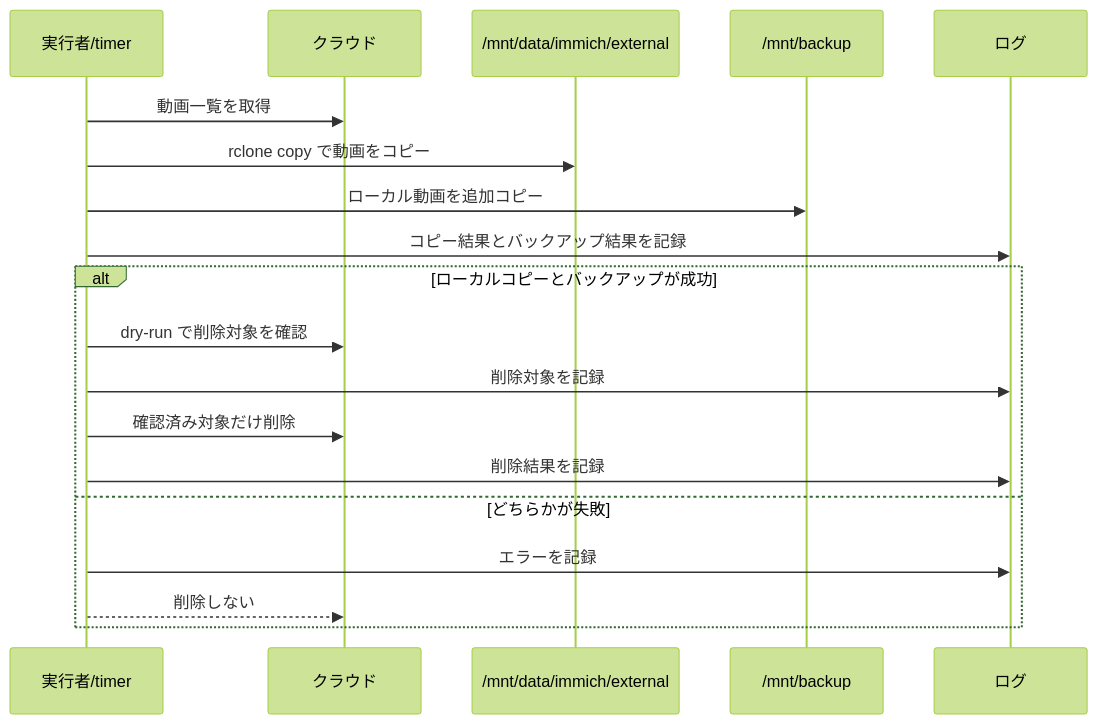
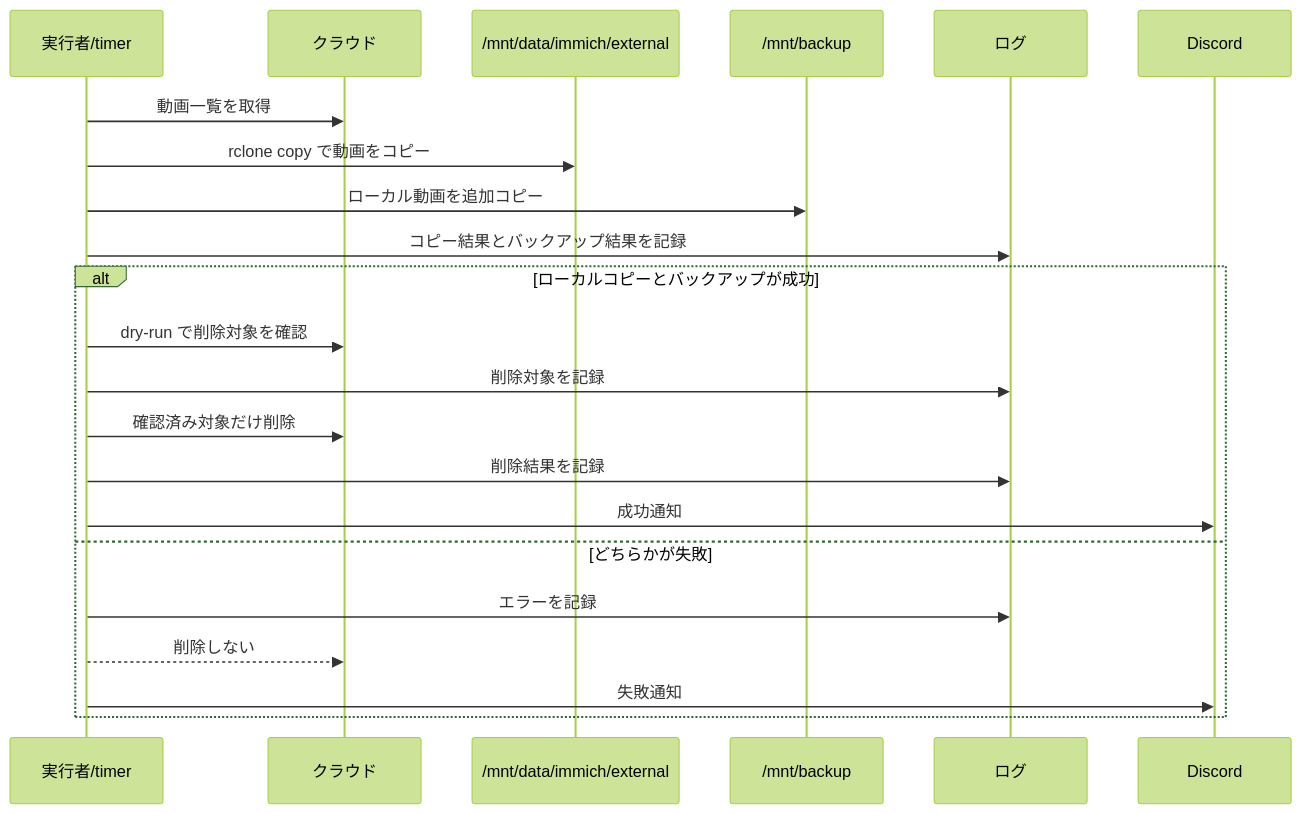
The third of 3 diagrams in docs/同期設計.md (nuitsjp/ManageMediaServer), drawn with Mermaid (forest theme) before and after one commit. The commit also changed other lines of this file, not shown here.

````diff
--- a/docs/同期設計.md
+++ b/docs/同期設計.md
@@ -68,23 +115,26 @@
 ```mermaid
 sequenceDiagram
     participant Operator as 実行者/timer
     participant Cloud as クラウド
     participant Local as /mnt/data/immich/external
     participant Backup as /mnt/backup
     participant Log as ログ
+    participant Discord as Discord
 
     Operator->>Cloud: 動画一覧を取得
     Operator->>Local: rclone copy で動画をコピー
     Operator->>Backup: ローカル動画を追加コピー
     Operator->>Log: コピー結果とバックアップ結果を記録
 
     alt ローカルコピーとバックアップが成功
         Operator->>Cloud: dry-run で削除対象を確認
         Operator->>Log: 削除対象を記録
         Operator->>Cloud: 確認済み対象だけ削除
         Operator->>Log: 削除結果を記録
+        Operator->>Discord: 成功通知
     else どちらかが失敗
         Operator->>Log: エラーを記録
         Operator-->>Cloud: 削除しない
+        Operator->>Discord: 失敗通知
     end
 ```
````
